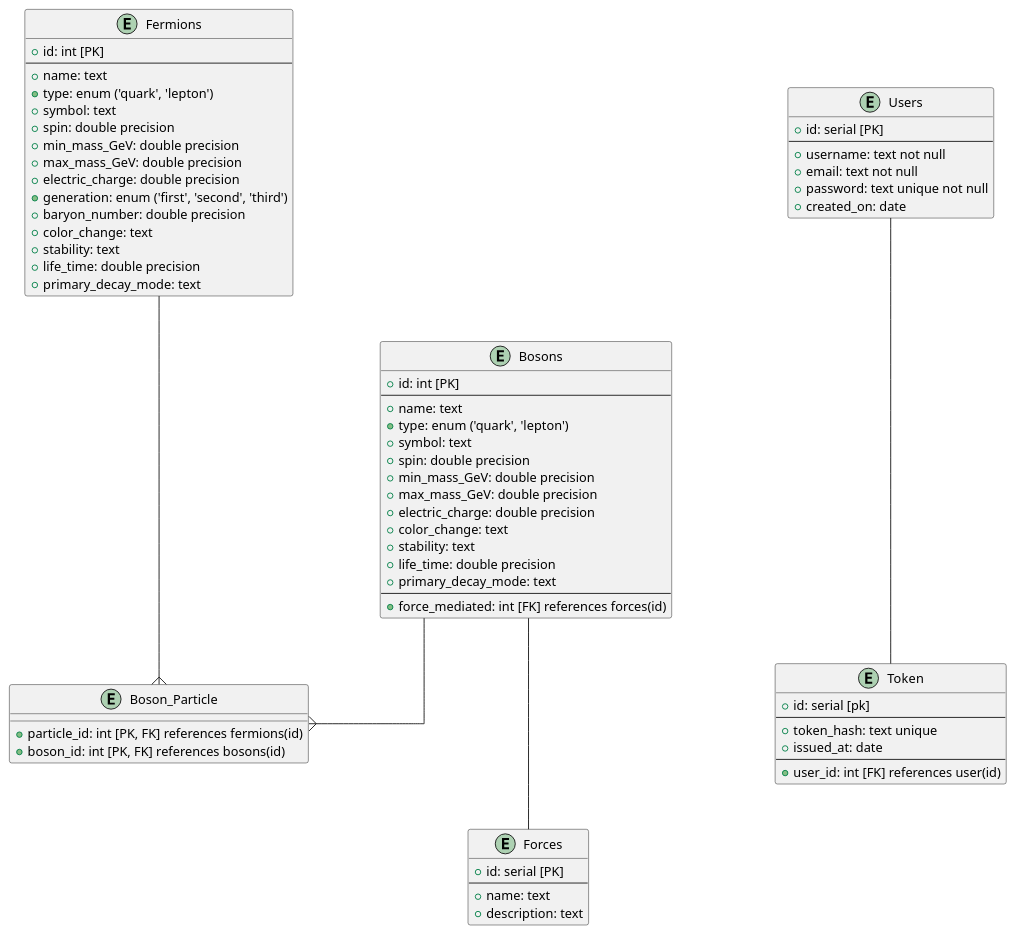
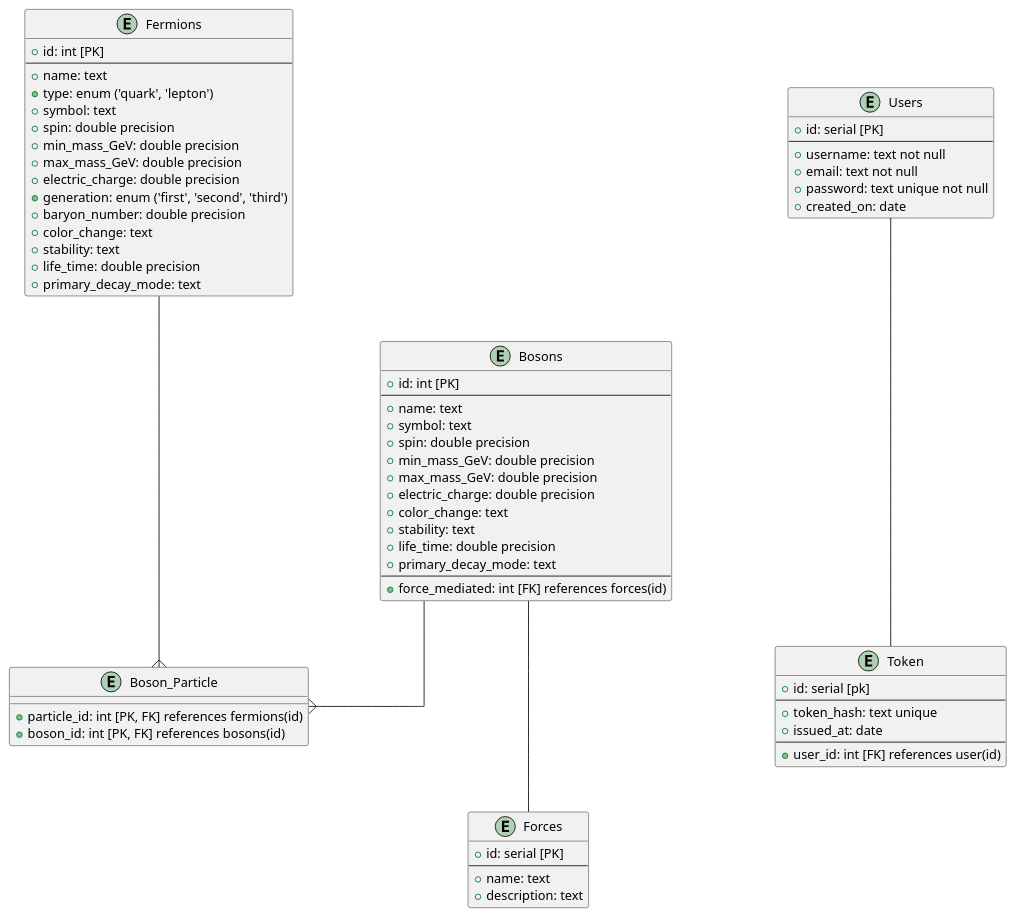
One commit to therakius/particles-api changed the diagram in particles-erd.puml. Above: the diagram before and after it, drawn with PlantUML.

Commit message:
fix: removed column 'type' in entity bosons

```diff
--- a/particles-erd.puml
+++ b/particles-erd.puml
@@ -1,87 +1,86 @@
 @startuml particles_database
 skinparam {
     Nodesep 160
     Ranksep 50
     Linetype ortho
 }
 
 skinparam entity {
     BackgroundColor LightBlue
     FontSize 14
     ArrowThickness 1
 }
 
 entity "Fermions" as fermions {
     +id: int [PK]
     --
     +name: text
     +type: enum ('quark', 'lepton')
     +symbol: text
     +spin: double precision
     +min_mass_GeV: double precision
     +max_mass_GeV: double precision
     +electric_charge: double precision
     +generation: enum ('first', 'second', 'third')
     +baryon_number: double precision
     +color_change: text
     +stability: text
     +life_time: double precision
     +primary_decay_mode: text
 }
 
 entity "Bosons" as bosons {
     +id: int [PK]
     --
     +name: text
-    +type: enum ('quark', 'lepton')
     +symbol: text
     +spin: double precision
     +min_mass_GeV: double precision
     +max_mass_GeV: double precision
     +electric_charge: double precision
     +color_change: text
     +stability: text
     +life_time: double precision
     +primary_decay_mode: text
     --
     +force_mediated: int [FK] references forces(id)
 }
 
 entity "Forces" as forces {
     +id: serial [PK]
     --
     +name: text
     +description: text
 }
 
 entity "Boson_Particle" as boson_particle {
     +particle_id: int [PK, FK] references fermions(id)
     +boson_id: int [PK, FK] references bosons(id)
 }
 
 entity "Users" as users {
     +id: serial [PK]
     --
     +username: text not null
     +email: text not null
     +password: text unique not null
     +created_on: date
 }
 
 entity "Token" as tokens {
     +id: serial [pk]
     --
     +token_hash: text unique
     +issued_at: date
     --
     +user_id: int [FK] references user(id)
 }
 
 'relationships'
 
 fermions ---{ boson_particle 
 bosons --{ boson_particle 
 bosons --- forces
 users --- tokens
 
 @enduml
```
